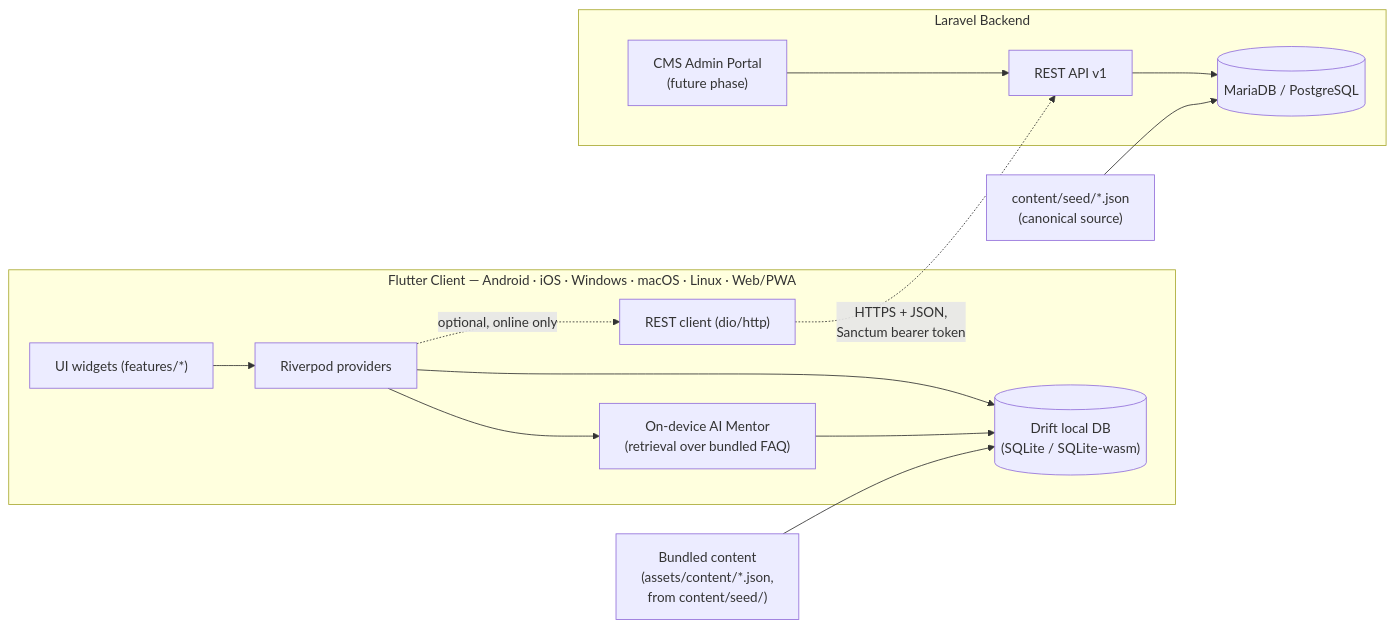
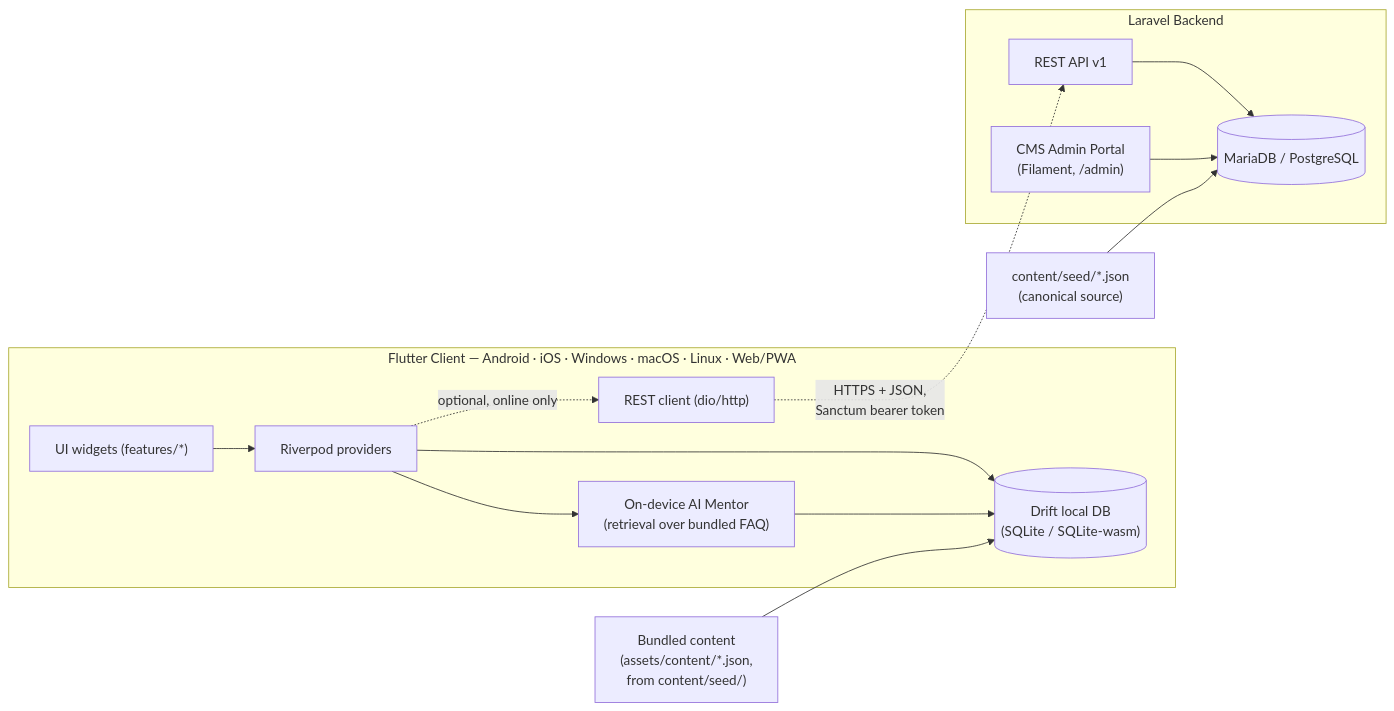
Before and after one commit to sabarm67/guidesforrevert: the diagram in docs/architecture/system-architecture.md, drawn with Mermaid. The commit also changed other lines of this file and 48 other files, not shown here.

First line of the commit message:
Add Filament CMS admin portal for core content management

````diff
--- a/docs/architecture/system-architecture.md
+++ b/docs/architecture/system-architecture.md
@@ -21,21 +21,21 @@
 ```mermaid
 flowchart LR
   subgraph Client["Flutter Client — Android · iOS · Windows · macOS · Linux · Web/PWA"]
     UI["UI widgets (features/*)"] --> Riverpod["Riverpod providers"]
     Riverpod --> LocalDB[("Drift local DB\n(SQLite / SQLite-wasm)")]
     Riverpod --> AiMentor["On-device AI Mentor\n(retrieval over bundled FAQ)"]
     AiMentor --> LocalDB
     Riverpod -. "optional, online only" .-> ApiClient["REST client (dio/http)"]
   end
 
   ContentBundle["Bundled content\n(assets/content/*.json,\nfrom content/seed/)"] --> LocalDB
 
   ApiClient -. "HTTPS + JSON,\nSanctum bearer token" .-> LaravelAPI
 
   subgraph Server["Laravel Backend"]
     LaravelAPI["REST API v1"] --> AppDB[("MariaDB / PostgreSQL")]
-    CMS["CMS Admin Portal\n(future phase)"] --> LaravelAPI
+    CMS["CMS Admin Portal\n(Filament, /admin)"] --> AppDB
   end
 
   ContentSeed["content/seed/*.json\n(canonical source)"] --> AppDB
 ```
````
